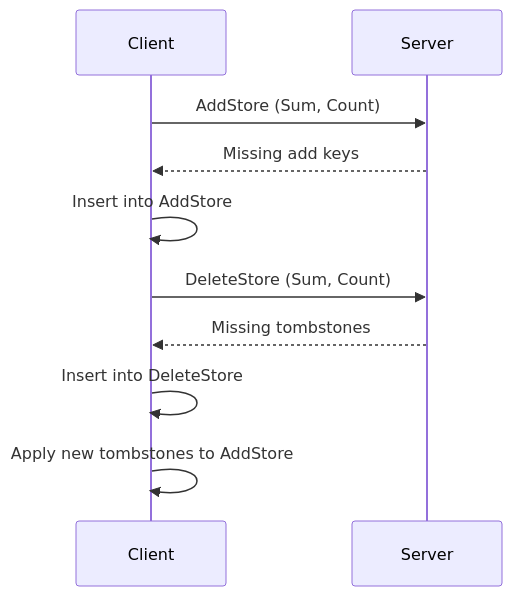
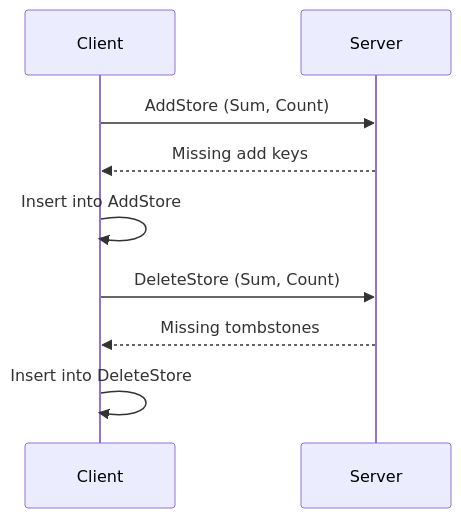
The seventh of 8 diagrams in SetSum/Sync/README.md (arj03/setsum-cs), drawn with Mermaid before and after one commit. The commit also changed other lines of this file, not shown here.

````diff
--- a/SetSum/Sync/README.md
+++ b/SetSum/Sync/README.md
@@ -283,14 +283,13 @@
 ```mermaid
 sequenceDiagram
     participant C as Client
     participant S as Server
 
     C->>S: AddStore (Sum, Count)
     S-->>C: Missing add keys
     C->>C: Insert into AddStore
 
     C->>S: DeleteStore (Sum, Count)
     S-->>C: Missing tombstones
     C->>C: Insert into DeleteStore
-    C->>C: Apply new tombstones to AddStore
 ```
````
